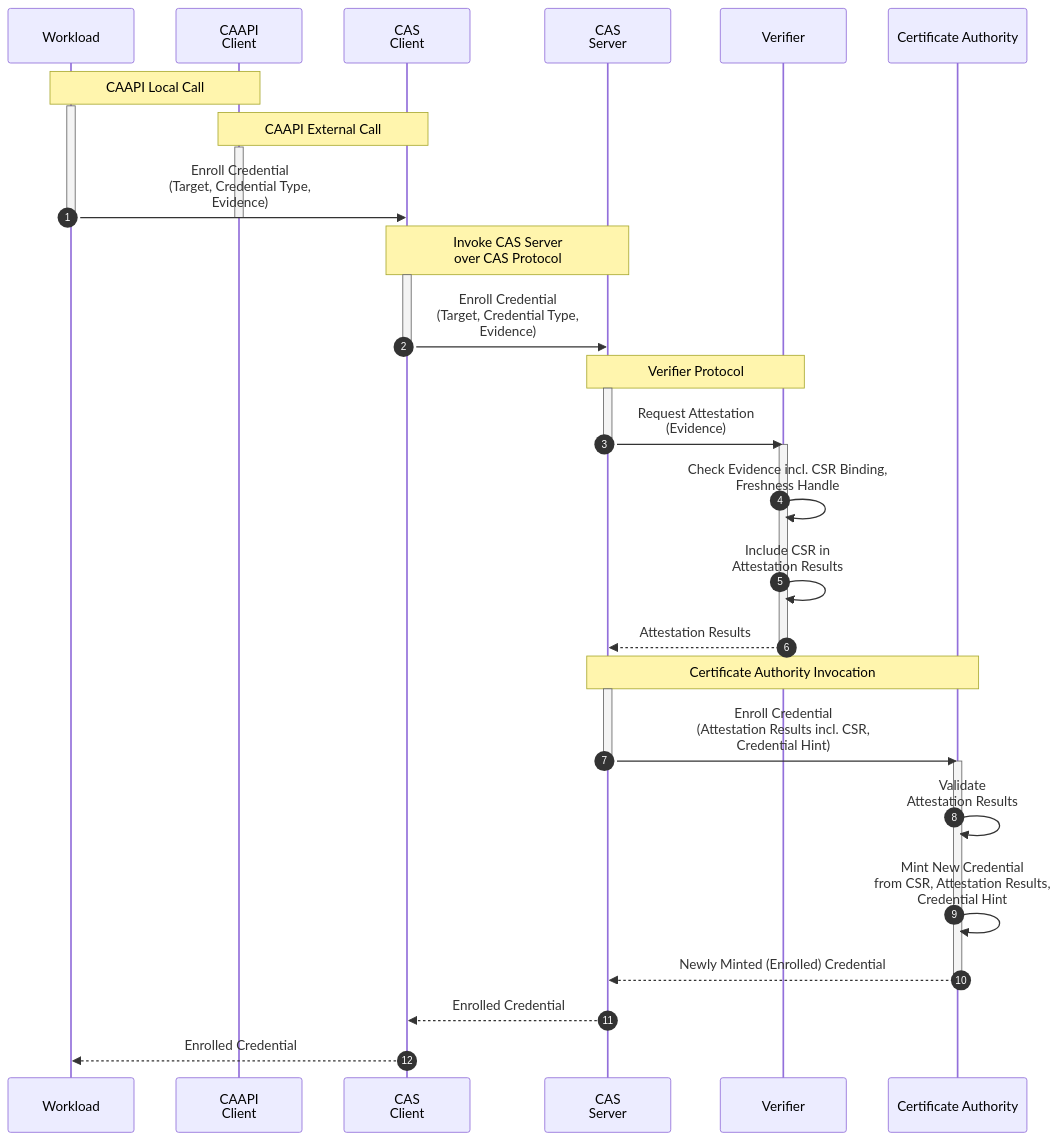
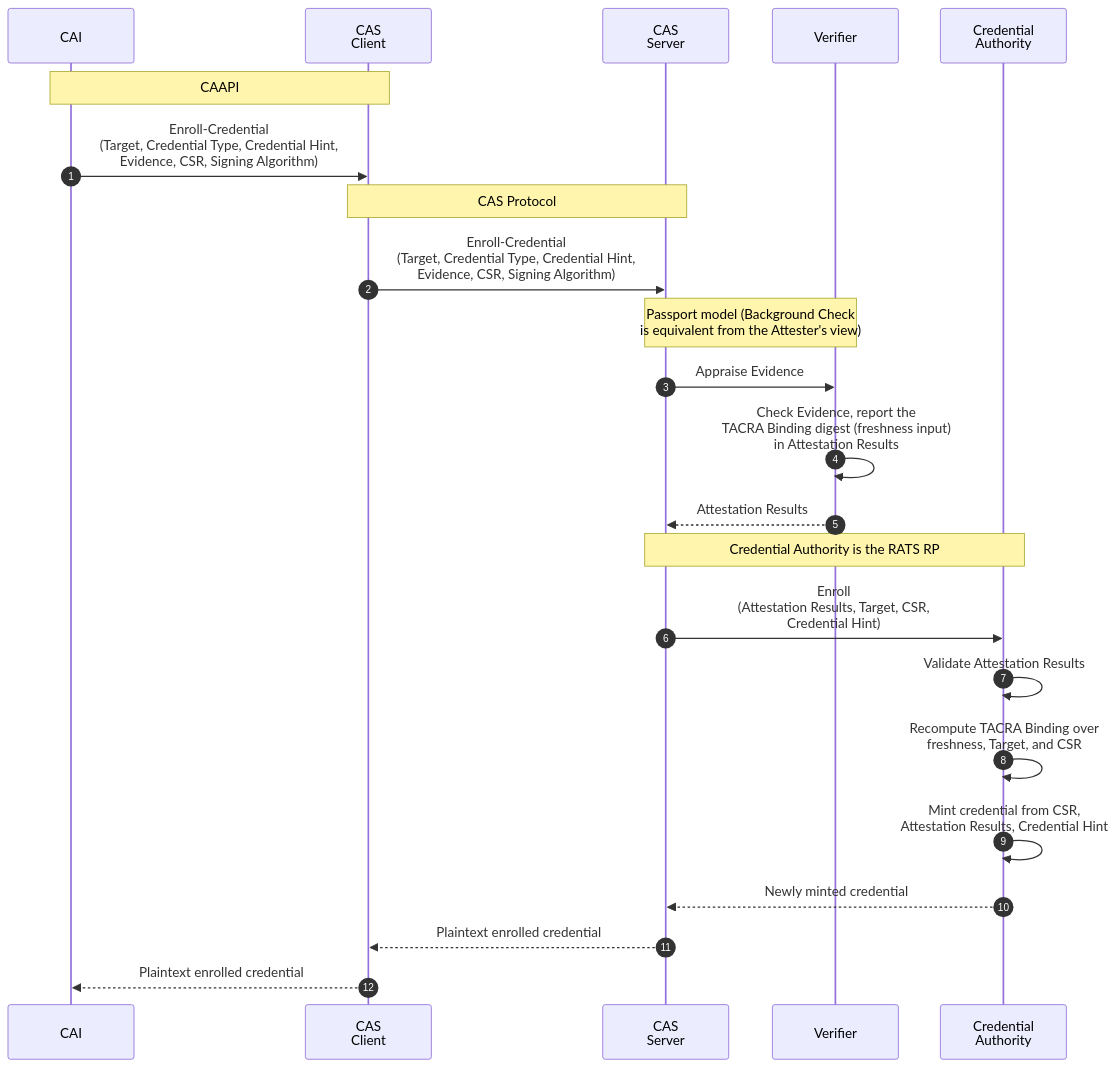
The diagram in proto/enroll.mmd (TWI-Unified-Model/tacra), drawn with Mermaid before and after one commit. The commit also changed 3 other files, not shown here.

```diff
--- a/proto/enroll.mmd
+++ b/proto/enroll.mmd
@@ -1,42 +1,28 @@
-%% Minting new proof-of-possession credentials
+%% Enroll-Credential (CAAPI)
+%% Mint a new proof-of-possession credential. The Credential Authority
+%% is the RATS Relying Party; the CAS Server forwards and does not appraise.
 sequenceDiagram
-    participant W as Workload
-    participant CAA_C as CAAPI<br/>Client
+    participant CAI as CAI
     participant CAS_C as CAS<br/>Client
     participant CAS_S as CAS<br/>Server
     participant V as Verifier
-    participant CA as Certificate Authority
+    participant CA as Credential<br/>Authority
 
     autonumber
 
-    note over W, CAA_C: CAAPI Local Call
-    activate W
-    note over CAA_C, CAS_C: CAAPI External Call
-    activate CAA_C
-    W->>CAS_C: Enroll Credential<br/>(Target, Credential Type,<br/>Evidence)
-    deactivate CAA_C
-    deactivate W
-    note over CAS_C, CAS_S: Invoke CAS Server<br/>over CAS Protocol
-    activate CAS_C
-    CAS_C->>CAS_S: Enroll Credential<br/>(Target, Credential Type,<br/>Evidence)
-    deactivate CAS_C
-    note over CAS_S, V: Verifier Protocol
-    activate CAS_S
-    CAS_S->>V: Request Attestation<br/>(Evidence)
-    deactivate CAS_S
-    activate V
-    V->>V: Check Evidence incl. CSR Binding,<br/>Freshness Handle
-    V->>V: Include CSR in<br/>Attestation Results
+    note over CAI, CAS_C: CAAPI
+    CAI->>CAS_C: Enroll-Credential<br/>(Target, Credential Type, Credential Hint,<br/>Evidence, CSR, Signing Algorithm)
+    note over CAS_C, CAS_S: CAS Protocol
+    CAS_C->>CAS_S: Enroll-Credential<br/>(Target, Credential Type, Credential Hint,<br/>Evidence, CSR, Signing Algorithm)
+    note over CAS_S, V: Passport model (Background Check<br/>is equivalent from the Attester's view)
+    CAS_S->>V: Appraise Evidence
+    V->>V: Check Evidence, report the<br/>TACRA Binding digest (freshness input)<br/>in Attestation Results
     V-->>CAS_S: Attestation Results
-    deactivate V
-    note over CAS_S, CA: Certificate Authority Invocation
-    activate CAS_S
-    CAS_S->>CA: Enroll Credential<br/>(Attestation Results incl. CSR,<br/>Credential Hint)
-    deactivate CAS_S
-    activate CA
-    CA->>CA: Validate<br/>Attestation Results
-    CA->>CA: Mint New Credential<br/>from CSR, Attestation Results,<br/>Credential Hint
-    CA-->>CAS_S: Newly Minted (Enrolled) Credential
-    deactivate CA
-    CAS_S-->>CAS_C: Enrolled Credential
-    CAS_C-->>W: Enrolled Credential
+    note over CAS_S, CA: Credential Authority is the RATS RP
+    CAS_S->>CA: Enroll<br/>(Attestation Results, Target, CSR,<br/>Credential Hint)
+    CA->>CA: Validate Attestation Results
+    CA->>CA: Recompute TACRA Binding over<br/>freshness, Target, and CSR
+    CA->>CA: Mint credential from CSR,<br/>Attestation Results, Credential Hint
+    CA-->>CAS_S: Newly minted credential
+    CAS_S-->>CAS_C: Plaintext enrolled credential
+    CAS_C-->>CAI: Plaintext enrolled credential
```
